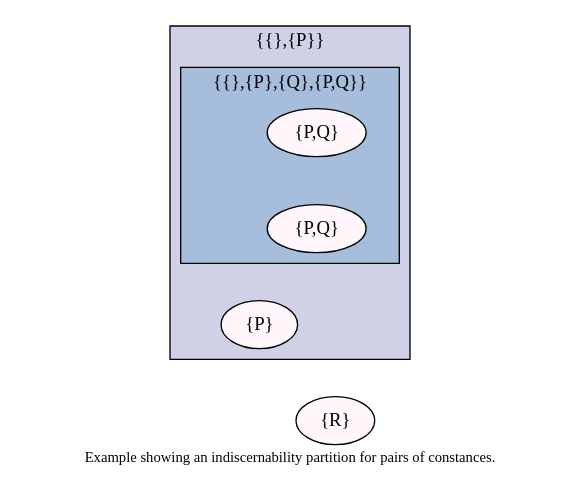
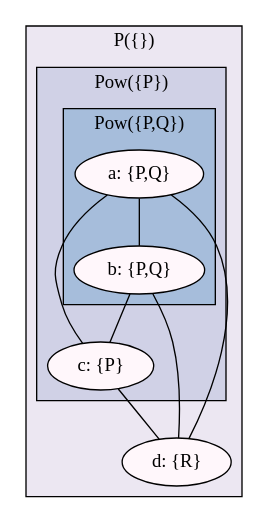
Before and after one commit to wouterbeek/IOTW: the diagram in Article/indiscernibility_example.dot, drawn with Graphviz. The commit also changed 4 other files, not shown here.

Commit message:
(1) Updated IOTW paper (now in IAAA format). (2) Started writing some generic code for constructing GraphViz nodes in IOTW export.

```diff
--- a/Article/indiscernibility_example.dot
+++ b/Article/indiscernibility_example.dot
@@ -1,36 +1,43 @@
 graph indiscernibility_example {
   node [color="black", fillcolor="/pubu9/1", style="filled"];
-  edge [style="invis"];
+  //edge [style="invis"];
   
-  subgraph cluster_abc {
+  subgraph cluster_abcd {
     color="black";
-    fillcolor="/pubu9/3";
-    label = "{{},{P}}";
+    fillcolor="/pubu9/2";
+    label = "P({})"; //{{}}
     style="filled";
     
-    subgraph cluster_ab {
+    subgraph cluster_abc {
       color="black";
-      fillcolor="/pubu9/4";
-      label = "{{},{P},{Q},{P,Q}}";
+      fillcolor="/pubu9/3";
+      label = "Pow({P})"; //{{},{P}}
       style="filled";
-      node_a [label="{P,Q}"];
-      node_b [label="{P,Q}"];
-      node_a -- node_b;
+      
+      subgraph cluster_ab {
+        color="black";
+        fillcolor="/pubu9/4";
+        label = "Pow({P,Q})"; //{{},{P},{Q},{P,Q}}
+        style="filled";
+        node_a [label="a: {P,Q}"];
+        node_b [label="b: {P,Q}"];
+        node_a -- node_b;
+      }
+      
+      node_c [label="c: {P}"];
+      node_a -- node_c;
+      node_b -- node_c;
     }
     
-    node_c [label="{P}"];
-    node_a -- node_c;
-    node_b -- node_c;
+    node_d [label="d: {R}"];
+    
+    node_a -- node_d;
+    node_b -- node_d;
+    node_c -- node_d;
   }
-  
-  node_d [label="{R}"];
-  
-  node_a -- node_d;
-  node_b -- node_d;
-  node_c -- node_d;
   
   charset="UTF-8"
   fontsize="11.0"
-  label="Example showing an indiscernability partition for pairs of constances."
+  //label="Example showing an indiscernability partition for pairs of constances."
   overlap="false"
 }
```
